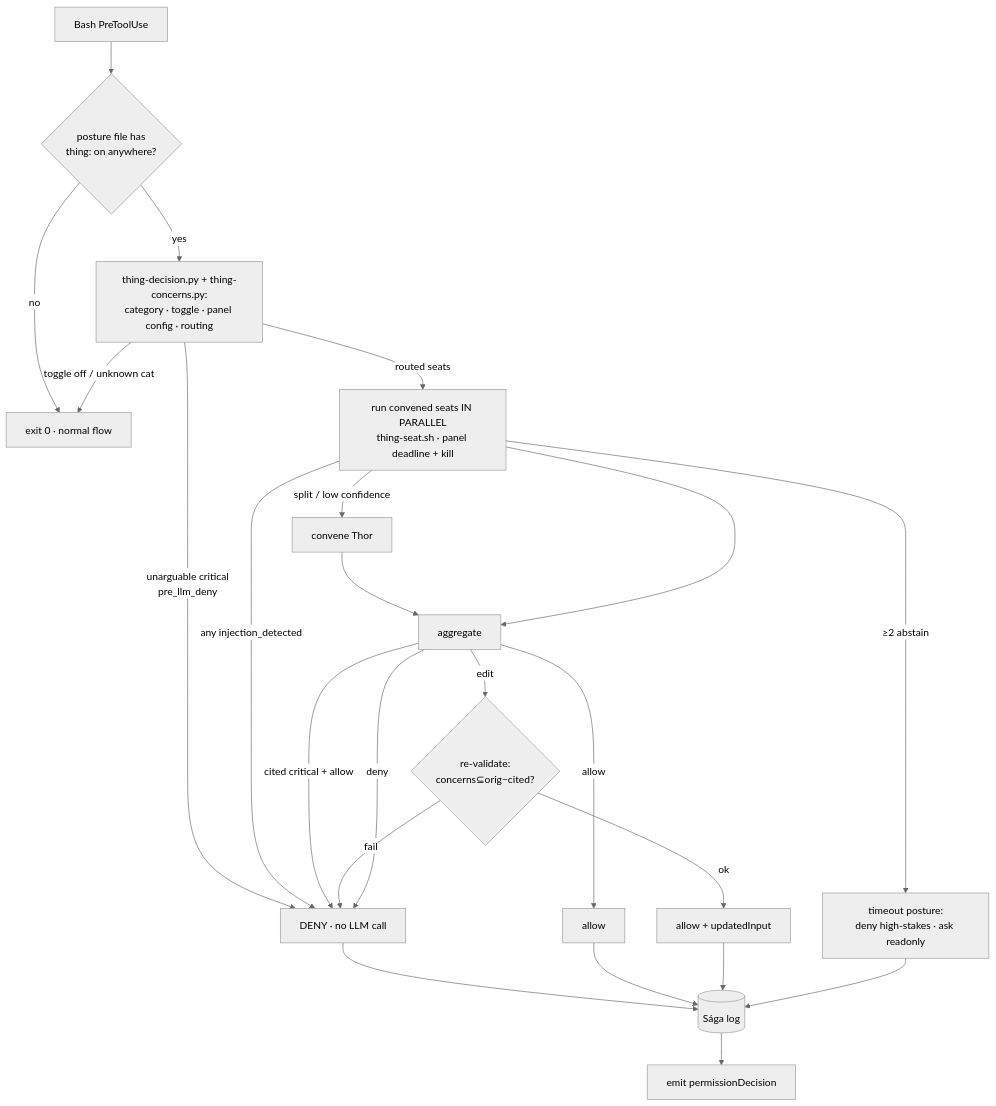
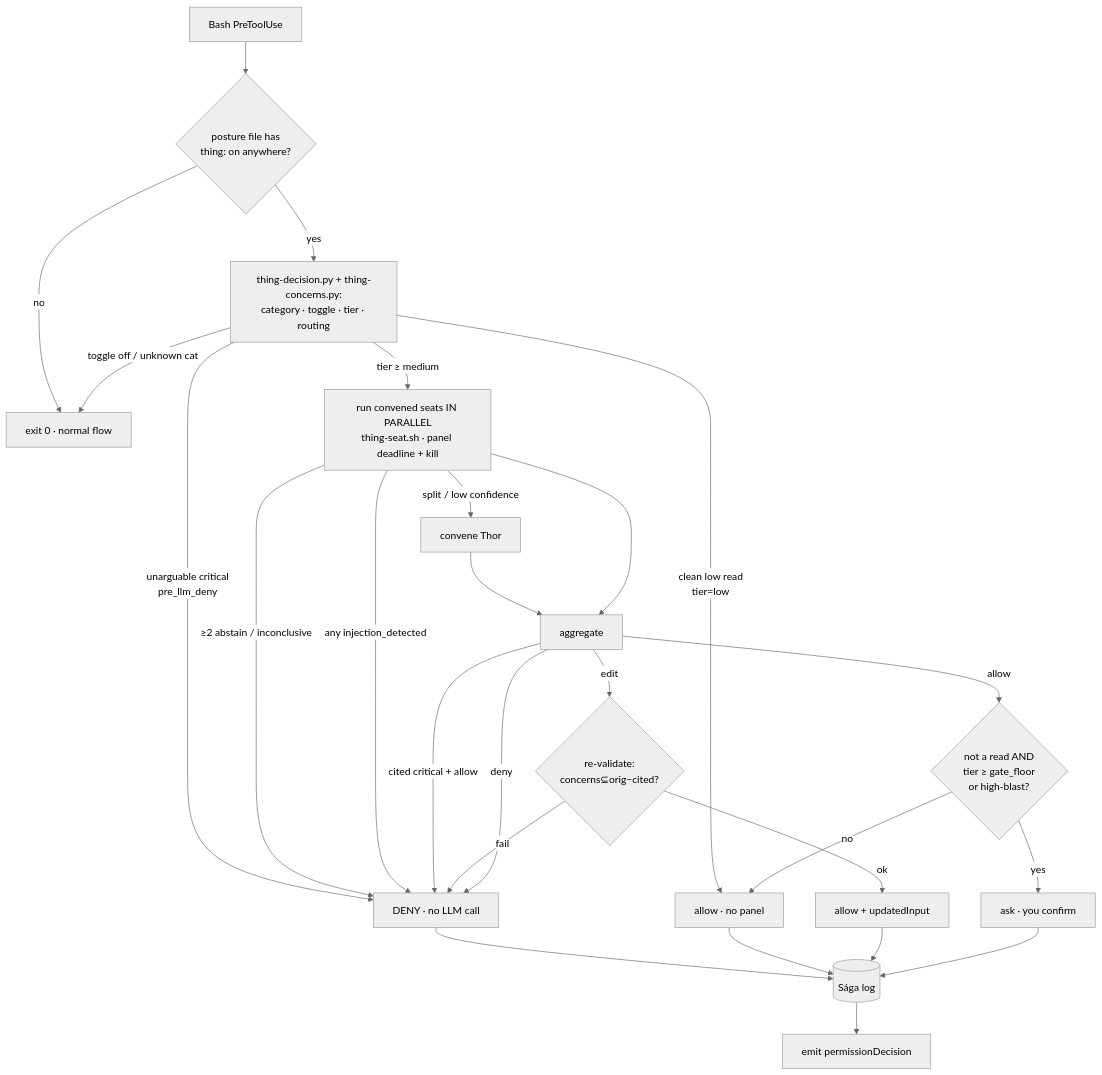
One commit to mcorbett51090/RavenClaude changed the diagram in plugins/ravenclaude-core/skills/thing/SKILL.md. Above: the diagram before and after it, drawn with Mermaid (neutral theme). The commit also changed other lines of this file and 1 other file, not shown here.

First line of the commit message:
docs(ravenclaude-core): document T5 tiered command-review in CLAUDE.md + thing skill

````diff
--- a/plugins/ravenclaude-core/skills/thing/SKILL.md
+++ b/plugins/ravenclaude-core/skills/thing/SKILL.md
@@ -45,22 +47,25 @@
 ```mermaid
 flowchart TD
   A[Bash PreToolUse] --> B{posture file has<br/>thing: on anywhere?}
   B -- no --> Z[exit 0 · normal flow]
-  B -- yes --> C[thing-decision.py + thing-concerns.py:<br/>category · toggle · panel config · routing]
+  B -- yes --> C[thing-decision.py + thing-concerns.py:<br/>category · toggle · tier · routing]
   C -- toggle off / unknown cat --> Z
   C -- unarguable critical<br/>pre_llm_deny --> DENY[DENY · no LLM call]
-  C -- routed seats --> E[run convened seats IN PARALLEL<br/>thing-seat.sh · panel deadline + kill]
-  E -- ≥2 abstain --> POST[timeout posture:<br/>deny high-stakes · ask readonly]
+  C -- clean low read<br/>tier=low --> ALLOW[allow · no panel]
+  C -- tier ≥ medium --> E[run convened seats IN PARALLEL<br/>thing-seat.sh · panel deadline + kill]
+  E -- ≥2 abstain / inconclusive --> DENY
   E -- any injection_detected --> DENY
   E -- split / low confidence --> T[convene Thor]
   T --> AGG[aggregate]
   E --> AGG
   AGG -- cited critical + allow --> DENY
   AGG -- edit --> RV{re-validate:<br/>concerns⊆orig−cited?}
   RV -- ok --> EDIT[allow + updatedInput]
   RV -- fail --> DENY
-  AGG -- allow --> ALLOW[allow]
   AGG -- deny --> DENY
-  DENY & ALLOW & EDIT & POST --> L[(Sága log)]
+  AGG -- allow --> GATE{not a read AND<br/>tier ≥ gate_floor<br/>or high-blast?}
+  GATE -- yes --> ASK[ask · you confirm]
+  GATE -- no --> ALLOW
+  DENY & ALLOW & EDIT & ASK --> L[(Sága log)]
   L --> OUT[emit permissionDecision]
 ```
````
